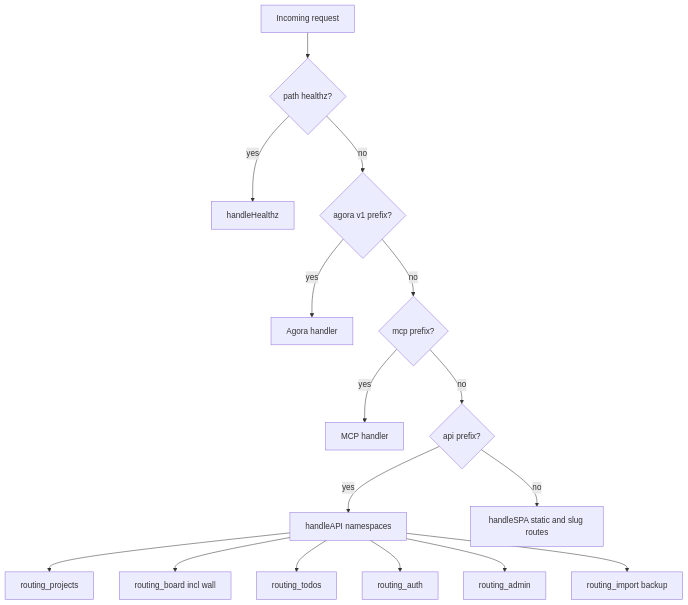
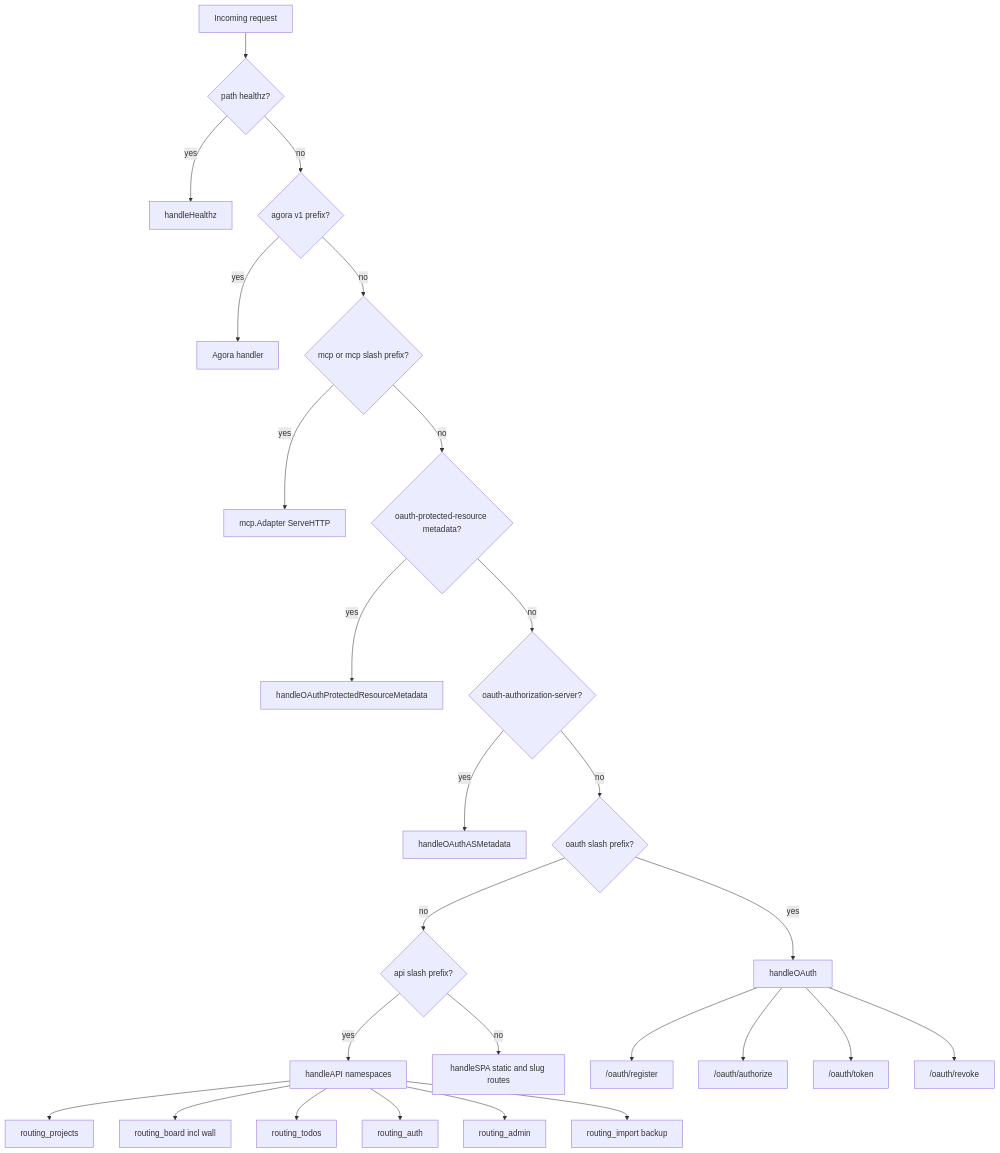
Before and after one commit to bhardwajRahul/scrumboy: the diagram in docs/diagrams/scrumboy_http_routing.md, drawn with Mermaid. The commit also changed other lines of this file and 38 other files, not shown here.

````diff
--- a/docs/diagrams/scrumboy_http_routing.md
+++ b/docs/diagrams/scrumboy_http_routing.md
@@ -5,20 +5,31 @@
 ```mermaid
 flowchart TD
   Req[Incoming request]
   Req --> Health{path healthz?}
   Health -->|yes| HZ[handleHealthz]
   Health -->|no| Agora{agora v1 prefix?}
   Agora -->|yes| AgH[Agora handler]
-  Agora -->|no| MCP{mcp prefix?}
-  MCP -->|yes| McpH[MCP handler]
-  MCP -->|no| API{api prefix?}
+  Agora -->|no| MCP{mcp or mcp slash prefix?}
+  MCP -->|yes| McpH[mcp.Adapter ServeHTTP]
+  MCP -->|no| PRM{oauth-protected-resource metadata?}
+  PRM -->|yes| OAuthPR[handleOAuthProtectedResourceMetadata]
+  PRM -->|no| ASMeta{oauth-authorization-server?}
+  ASMeta -->|yes| OAuthAS[handleOAuthASMetadata]
+  ASMeta -->|no| OAuthP{oauth slash prefix?}
+  OAuthP -->|yes| OAuthH[handleOAuth]
+  OAuthP -->|no| API{api slash prefix?}
   API -->|yes| ApiH[handleAPI namespaces]
   API -->|no| SpaH[handleSPA static and slug routes]
+
+  OAuthH --> Reg["/oauth/register"]
+  OAuthH --> Authz["/oauth/authorize"]
+  OAuthH --> Tok["/oauth/token"]
+  OAuthH --> Rev["/oauth/revoke"]
 
   ApiH --> RProj[routing_projects]
   ApiH --> RBoard[routing_board incl wall]
   ApiH --> RTodos[routing_todos]
   ApiH --> RAuth[routing_auth]
   ApiH --> RAdmin[routing_admin]
   ApiH --> RImport[routing_import backup]
 ```
````
